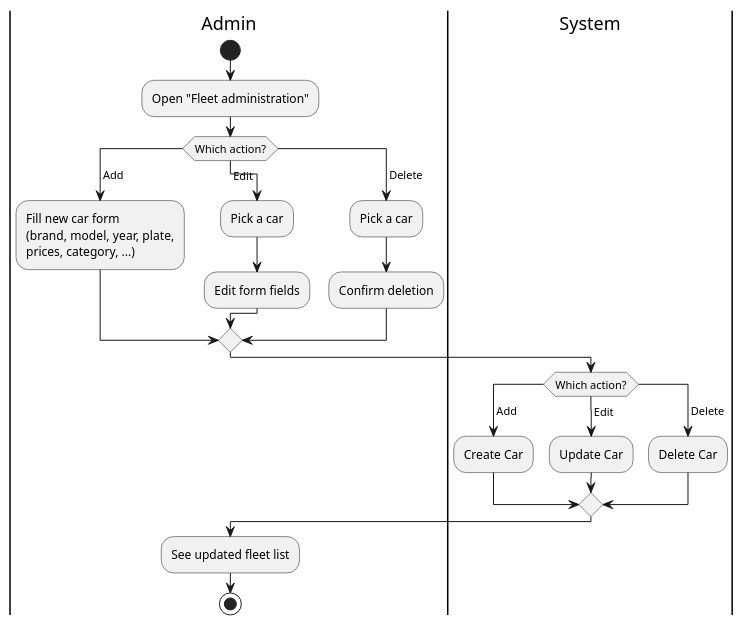
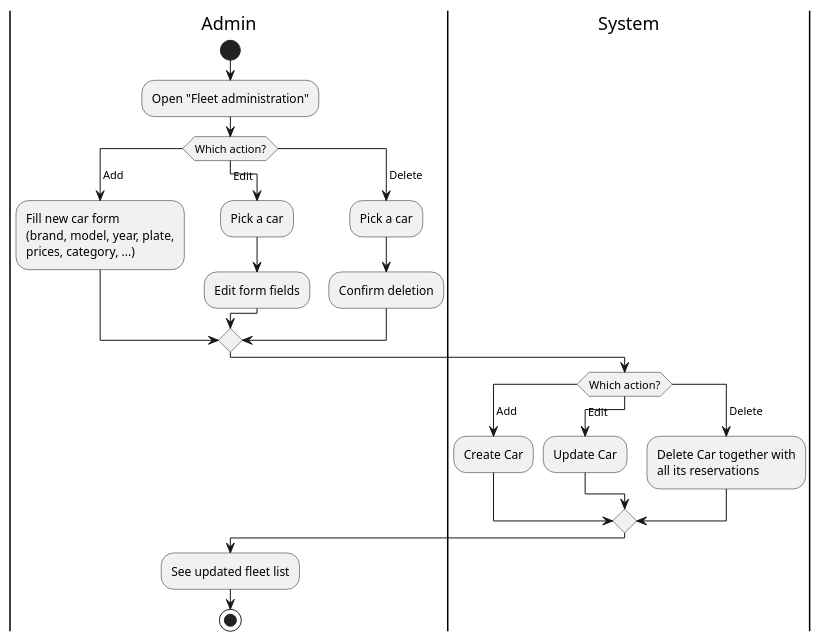
Before and after one commit to DavidMagyarics/CarRentalVSB: the diagram in docs/diagrams/activity-manage-fleet.puml, drawn with PlantUML. The commit also changed 4 other files, not shown here.

First line of the commit message:
fix(docs): align use case and activity diagrams with the implementation

```diff
--- a/docs/diagrams/activity-manage-fleet.puml
+++ b/docs/diagrams/activity-manage-fleet.puml
@@ -1,32 +1,32 @@
 @startuml activity-manage-fleet
 skinparam backgroundColor white
 
 |Admin|
 start
 :Open "Fleet administration";
 
 switch (Which action?)
 case ( Add )
   :Fill new car form\n(brand, model, year, plate,\nprices, category, ...);
 case ( Edit )
   :Pick a car;
   :Edit form fields;
 case ( Delete )
   :Pick a car;
   :Confirm deletion;
 endswitch
 
 |System|
 switch (Which action?)
 case ( Add )
   :Create Car;
 case ( Edit )
   :Update Car;
 case ( Delete )
-  :Delete Car;
+  :Delete Car together with\nall its reservations;
 endswitch
 
 |Admin|
 :See updated fleet list;
 stop
 @enduml
```
